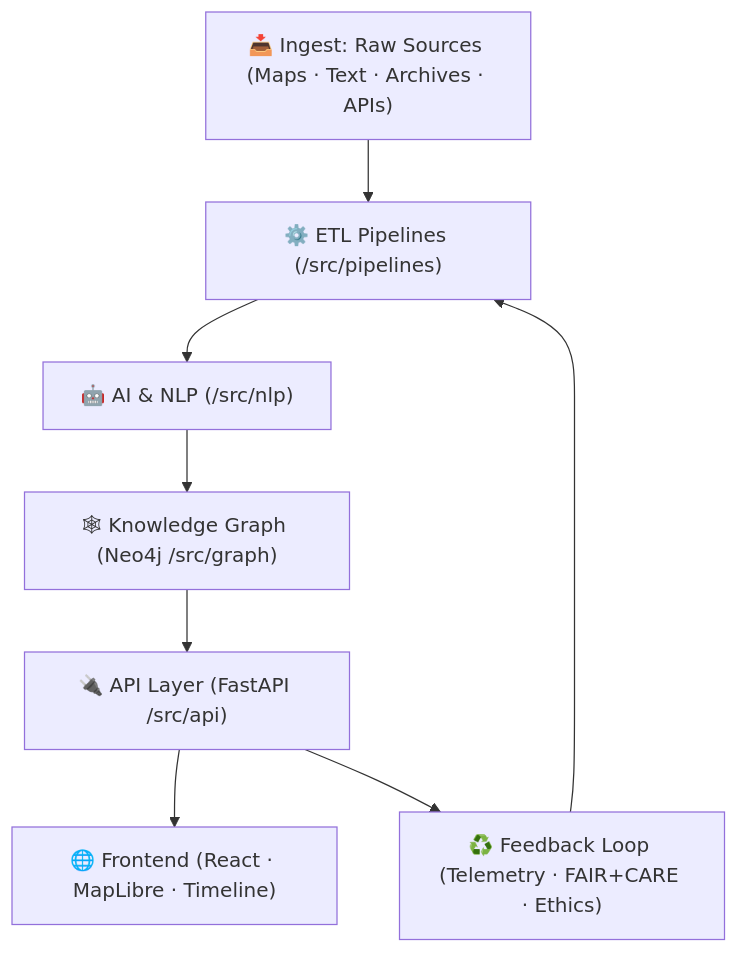
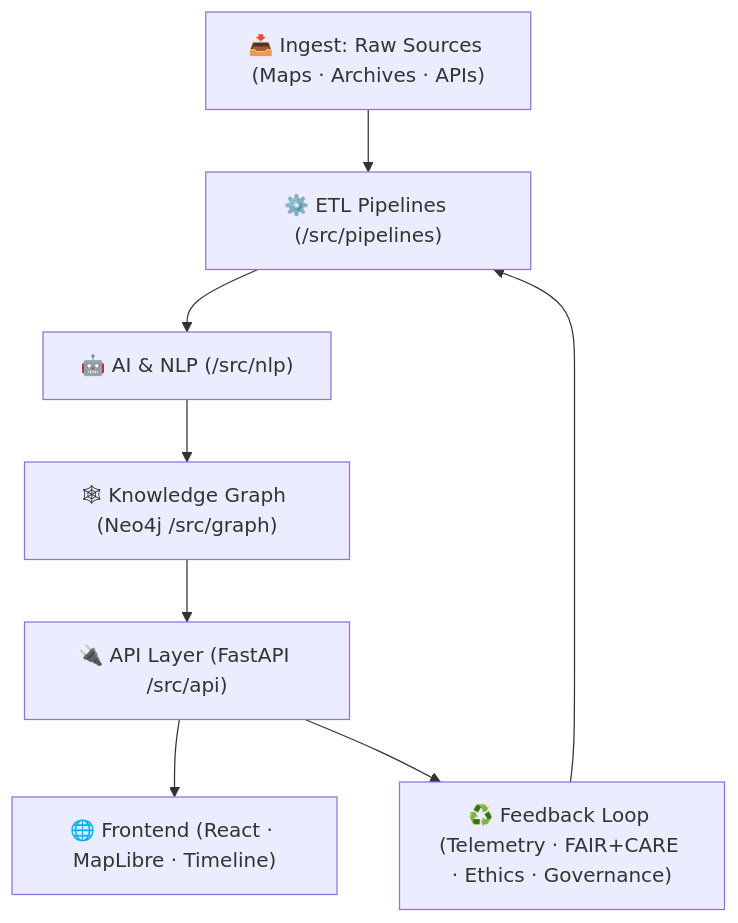
The first of 2 diagrams in src/README.md (bartytime4life/Kansas-Frontier-Matrix), drawn with Mermaid before and after one commit. The commit also changed other lines of this file, not shown here.

`````diff
--- a/src/README.md
+++ b/src/README.md
@@ -76,13 +76,13 @@
 ```mermaid
 flowchart TD
-  A["📥 Ingest: Raw Sources (Maps · Text · Archives · APIs)"]
+  A["📥 Ingest: Raw Sources (Maps · Archives · APIs)"]
   B["⚙️ ETL Pipelines (/src/pipelines)"]
   C["🤖 AI & NLP (/src/nlp)"]
   D["🕸 Knowledge Graph (Neo4j /src/graph)"]
   E["🔌 API Layer (FastAPI /src/api)"]
   F["🌐 Frontend (React · MapLibre · Timeline)"]
-  G["♻️ Feedback Loop (Telemetry · FAIR+CARE · Ethics)"]
+  G["♻️ Feedback Loop (Telemetry · FAIR+CARE · Ethics · Governance)"]
 
   A --> B --> C --> D --> E --> F
   E --> G --> B
 ````
`````
